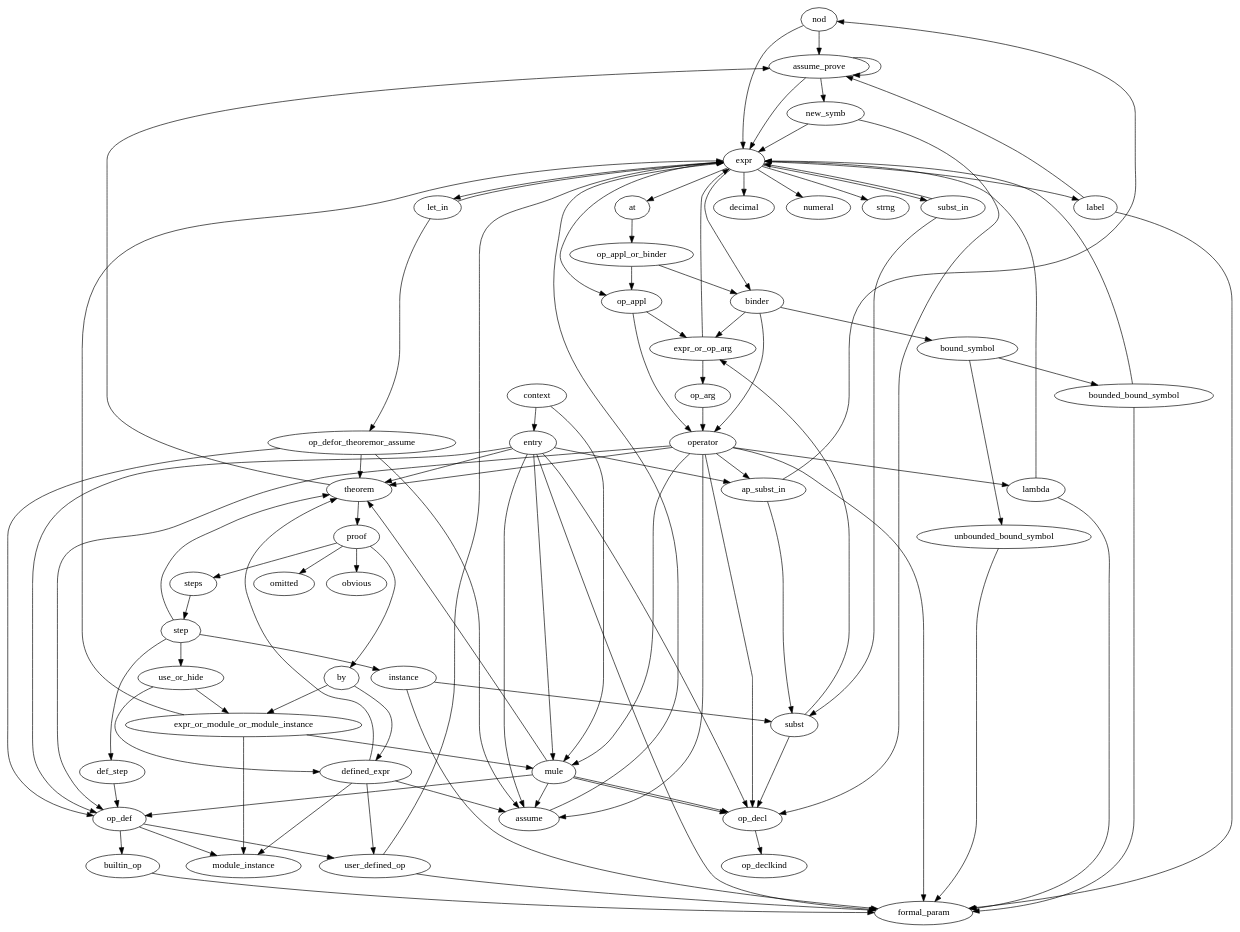
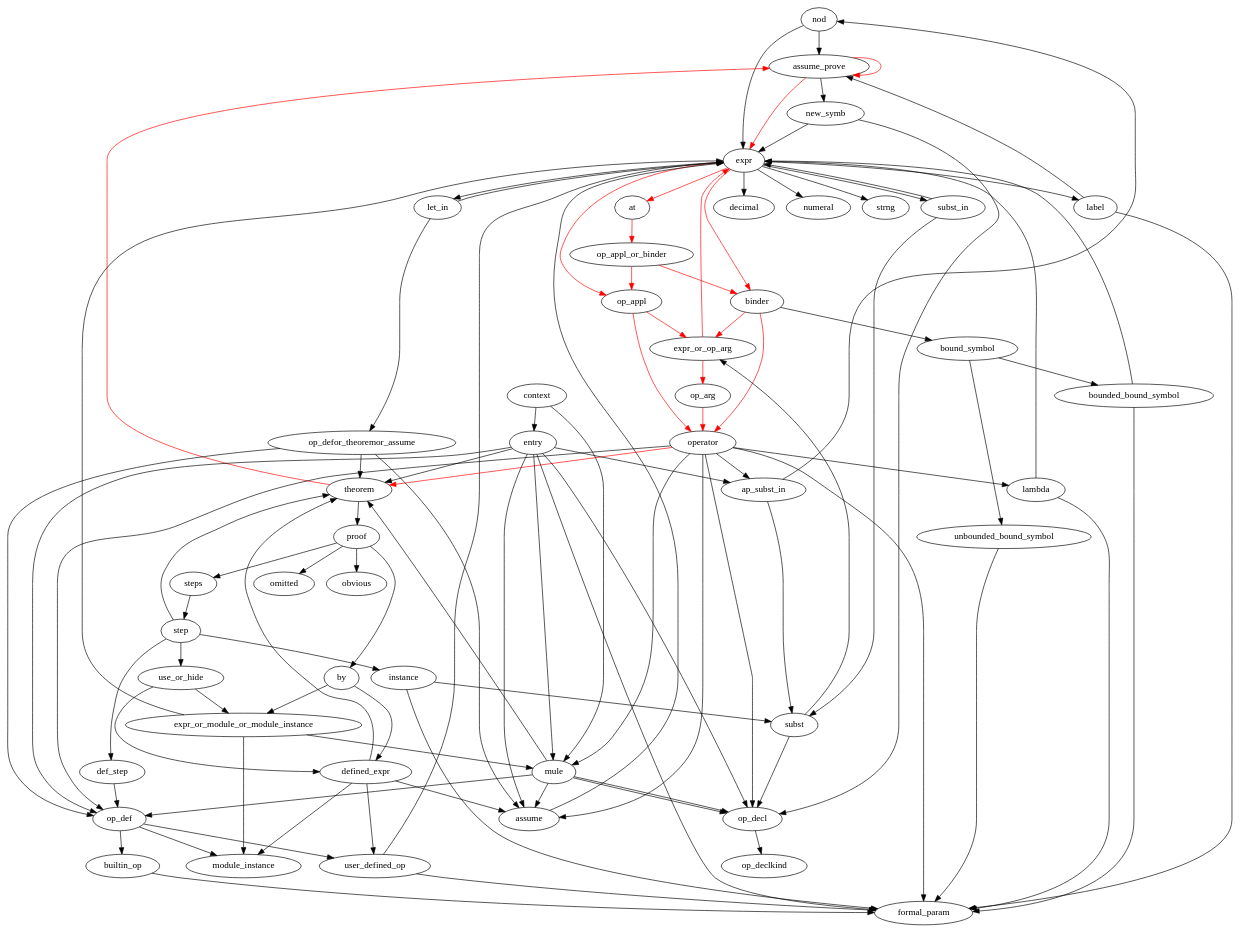
One commit to johnyf/v2-tlapm changed the diagram in docs/type_inclusion_hierarchy.dot. Above: the diagram before and after it, drawn with Graphviz. The commit also changed 10 other files, not shown here.

```diff
--- a/docs/type_inclusion_hierarchy.dot
+++ b/docs/type_inclusion_hierarchy.dot
@@ -1,167 +1,167 @@
 digraph typedeps {
 
 nod -> assume_prove;
 nod -> expr;
 //nod -> ap_subst_in;
 //nod -> def_step;
 //nod -> op_arg;
 //nod -> instance;
 //nod -> new_symb;
 //nod -> proof;
 //nod -> formal_param;
 //nod -> mule;
 //nod -> op_decl;
 //nod -> op_def;
 //nod -> assume;
 //nod -> theorem;
 //nod -> use_or_hide;
 
-expr -> at;
+expr -> at[color=red];
 expr -> decimal;
 expr -> label;
 expr -> let_in;
 expr -> numeral;
-expr -> op_appl;
+expr -> op_appl[color=red];
 expr -> strng;
 expr -> subst_in;
-expr -> binder;
+expr -> binder[color=red];
 
-expr_or_op_arg -> expr;
-expr_or_op_arg -> op_arg;
+expr_or_op_arg -> expr[color=red];
+expr_or_op_arg -> op_arg[color=red];
 
 ap_subst_in -> subst;
 ap_subst_in -> nod;
 
 subst_in -> subst;
 subst_in -> expr;
 
 
 instance -> subst;
 instance -> formal_param;
 
 subst -> op_decl;
 subst -> expr_or_op_arg;
 
 assume -> expr;
 
 
-theorem ->  assume_prove;
+theorem ->  assume_prove[color=red];
 theorem ->  proof;
 
 
 assume_prove -> new_symb ;
-assume_prove -> assume_prove;
-assume_prove -> expr;
+assume_prove -> assume_prove[color=red];
+assume_prove -> expr[color=red];
 
 
 new_symb ->  op_decl;
 new_symb ->  expr;
 
 op_def -> module_instance;
 op_def -> user_defined_op;
 op_def -> builtin_op;
 
 user_defined_op -> expr;
 user_defined_op -> formal_param;
 
 lambda -> expr;
 lambda -> formal_param;
 
 builtin_op -> formal_param;
 
-op_arg -> operator;
+op_arg -> operator[color=red];
 
 op_decl -> op_declkind;
 
 proof -> omitted;
 proof -> obvious;
 proof -> by;
 proof -> steps;
 
 expr_or_module_or_module_instance -> expr;
 expr_or_module_or_module_instance -> mule;
 expr_or_module_or_module_instance -> module_instance;
 
 defined_expr -> user_defined_op;
 defined_expr -> module_instance;
 defined_expr -> theorem;
 defined_expr -> assume;
 
 by -> expr_or_module_or_module_instance;
 by -> defined_expr;
 
 
 steps -> step;
 
 step -> def_step;
 step -> use_or_hide;
 step -> instance;
 step -> theorem;
 
 def_step -> op_def;
 
 use_or_hide -> expr_or_module_or_module_instance;
 use_or_hide -> defined_expr;
 
 
-op_appl_or_binder -> op_appl;
-op_appl_or_binder -> binder;
+op_appl_or_binder -> op_appl[color=red];
+op_appl_or_binder -> binder[color=red];
 
-at -> op_appl_or_binder;
+at -> op_appl_or_binder[color=red];
 
 
 
 label -> assume_prove;
 label -> formal_param;
 
 op_defor_theoremor_assume -> op_def;
 op_defor_theoremor_assume -> theorem;
 op_defor_theoremor_assume -> assume;
 
 let_in -> expr;
 let_in -> op_defor_theoremor_assume;
 
 operator -> formal_param;
 operator -> mule;
 operator -> op_decl;
 operator -> op_def;
-operator -> theorem;
+operator -> theorem[color=red];
 operator -> assume;
 operator -> ap_subst_in;
 operator -> lambda;
 
-op_appl -> operator;
-op_appl -> expr_or_op_arg;
+op_appl -> operator[color=red];
+op_appl -> expr_or_op_arg[color=red];
 
-binder -> operator;
-binder -> expr_or_op_arg;
+binder -> operator[color=red];
+binder -> expr_or_op_arg[color=red];
 binder -> bound_symbol;
 
 bound_symbol -> unbounded_bound_symbol;
 bound_symbol -> bounded_bound_symbol;
 
 unbounded_bound_symbol -> formal_param;
 bounded_bound_symbol -> formal_param;
 bounded_bound_symbol -> expr;
 
 
 
 mule -> op_decl ;
 mule -> op_decl ;
 mule -> op_def  ;
 mule -> assume  ;
 mule -> theorem  ;
 
 entry -> formal_param ;
 entry -> mule ;
 entry -> op_decl ;
 entry -> op_def ;
 entry -> theorem ;
 entry -> assume ;
 entry -> ap_subst_in;
 
 
 context -> entry;
 context -> mule;
 
 }
```
